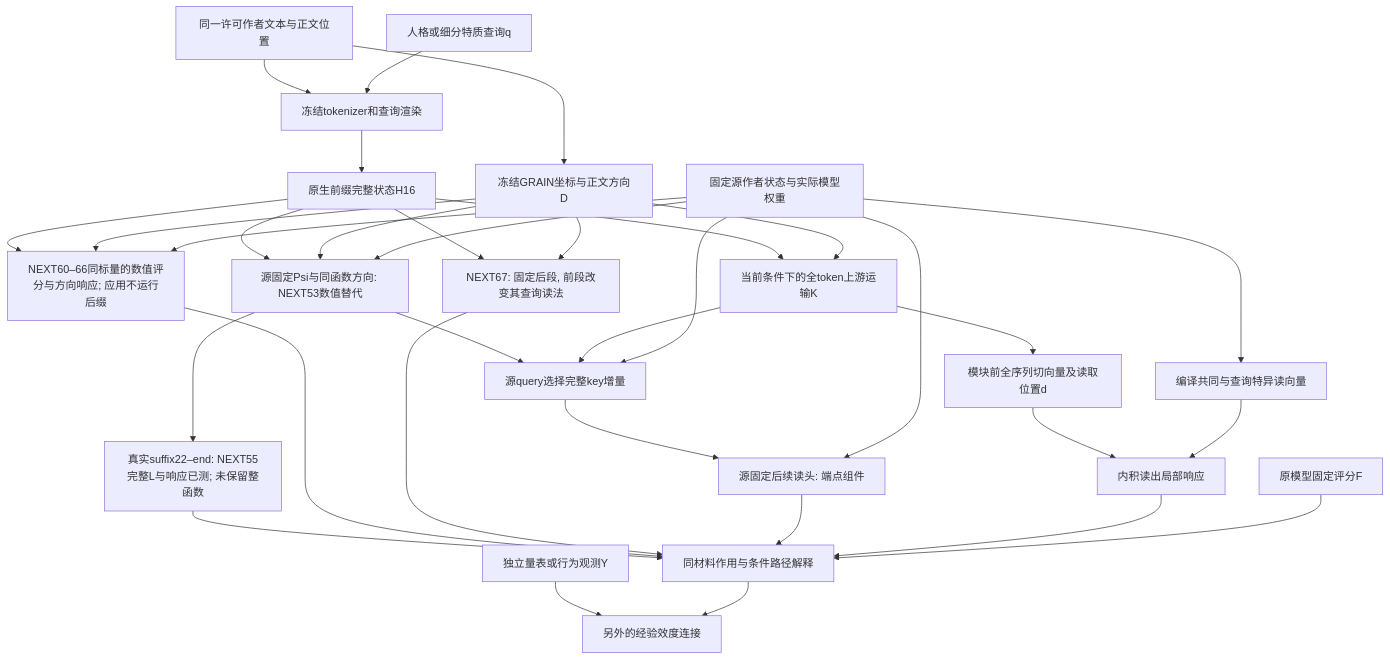
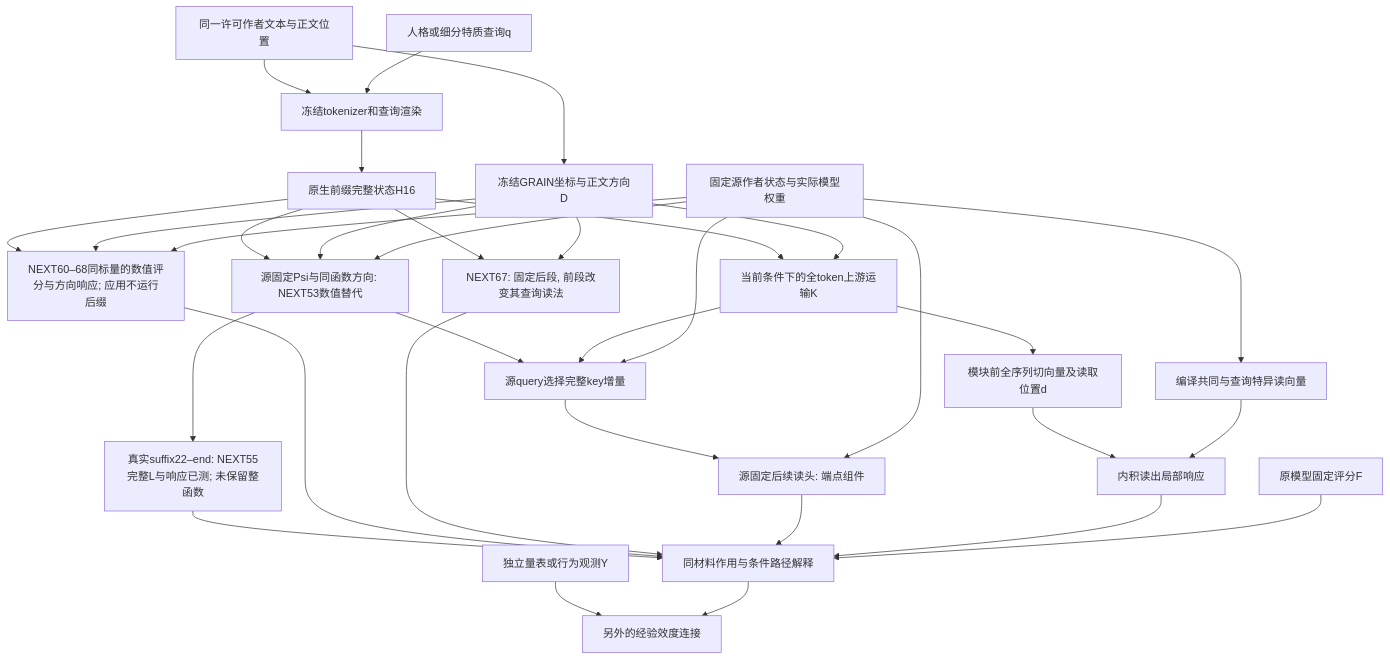
One commit to reiserhhh/GRAIN changed the diagram in docs/GRAIN_UPSTREAM_MECHANISM_INTEGRATION_V1.md. Above: the diagram before and after it, drawn with Mermaid. The commit also changed other lines of this file and 18 other files, not shown here.

````diff
--- a/docs/GRAIN_UPSTREAM_MECHANISM_INTEGRATION_V1.md
+++ b/docs/GRAIN_UPSTREAM_MECHANISM_INTEGRATION_V1.md
@@ -8,35 +8,35 @@
 ```mermaid
 flowchart TD
   T[同一许可作者文本与正文位置] --> G[冻结GRAIN坐标与正文方向D]
   T --> R[冻结tokenizer和查询渲染]
   Q[人格或细分特质查询q] --> R
   R --> H[原生前缀完整状态H16]
   H --> K[当前条件下的全token上游运输K]
   H --> P[源固定Psi与同函数方向: NEXT53数值替代]
   G --> P
   S --> P
   P --> U
   P --> W[真实suffix22–end: NEXT55完整L与响应已测; 未保留整函数]
   W --> J
-  H --> Z[NEXT60–66同标量的数值评分与方向响应; 应用不运行后缀]
+  H --> Z[NEXT60–68同标量的数值评分与方向响应; 应用不运行后缀]
   G --> Z
   S --> Z
   Z --> J
   H --> I[NEXT67: 固定后段, 前段改变其查询读法]
   G --> I
   I --> J
   G --> K
   K --> D[模块前全序列切向量及读取位置d]
   S[固定源作者状态与实际模型权重] --> V[编译共同与查询特异读向量]
   D --> A[内积读出局部响应]
   V --> A
   K --> U[源query选择完整key增量]
   S --> U
   U --> C[源固定后续读头: 端点组件]
   S --> C
   C --> J
   A --> J[同材料作用与条件路径解释]
   F[原模型固定评分F] --> J
   Y[独立量表或行为观测Y] --> E[另外的经验效度连接]
   J --> E
 ```
````
